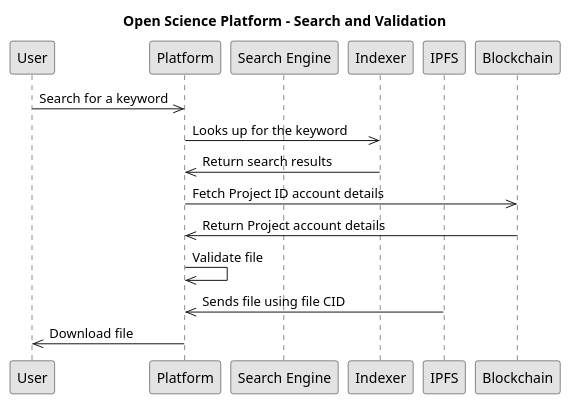
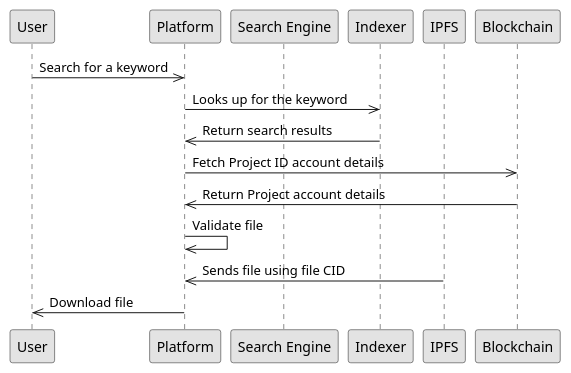
One commit to OliveiraEdu/d-OSP changed the diagram in diagrams/plantUML/c4_searching_and_validation.wsd. Above: the diagram before and after it, drawn with PlantUML. The commit also changed 110 other files, not shown here.

```diff
--- a/diagrams/plantUML/c4_searching_and_validation.wsd
+++ b/diagrams/plantUML/c4_searching_and_validation.wsd
@@ -1,26 +1,26 @@
 @startuml
 
 skinparam monochrome true
 
-title Open Science Platform - Search and Validation
+' title Open Science Platform - Search and Validation
 
 participant User as "User"
 participant Platform as "Platform"
 participant Search as "Search Engine"
 participant Indexer as "Indexer"
 participant IPFS as "IPFS"
 participant Blockchain as "Blockchain"
 
 User ->> Platform: Search for a keyword
 Platform ->> Indexer: Looks up for the keyword
 Indexer ->> Platform: Return search results
 Platform ->> Blockchain: Fetch Project ID account details
 Blockchain ->> Platform: Return Project account details
 
 Platform ->> Platform: Validate file
 
 
 IPFS ->> Platform: Sends file using file CID
 Platform ->> User: Download file
 
 @enduml
```
